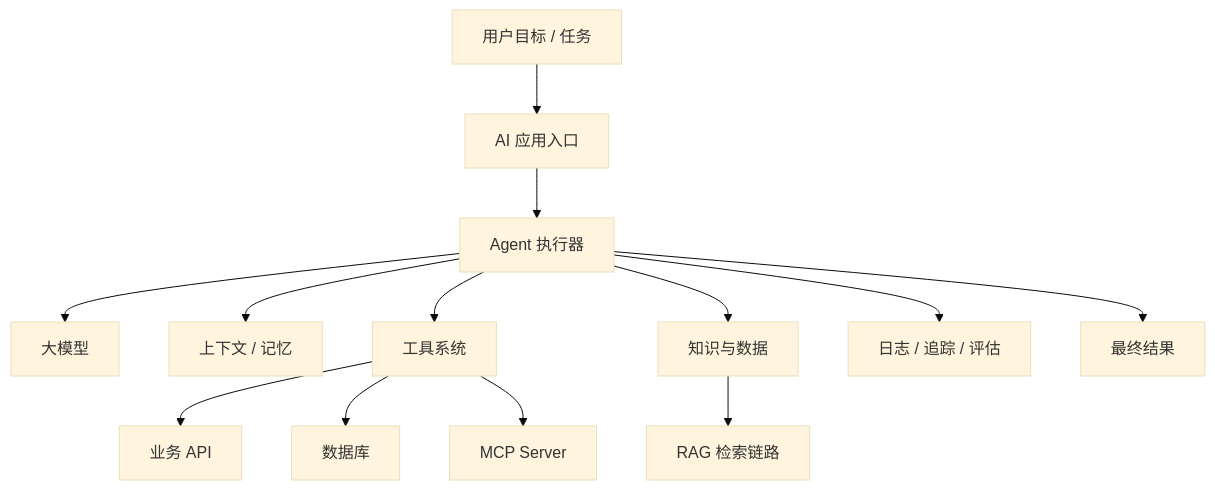
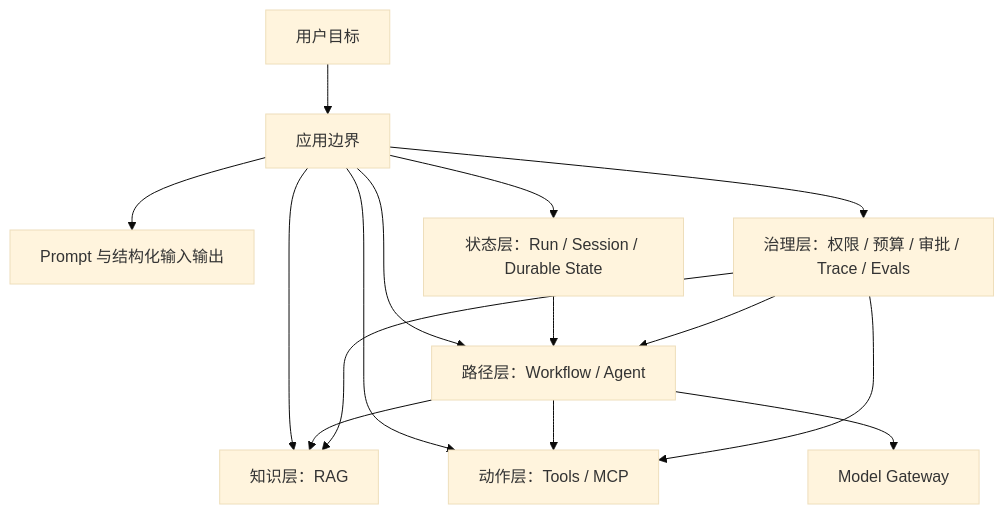
One commit to yanishuang/learn_ai_agent changed the diagram in chapters/01-ai-agent-overview.md. Above: the diagram before and after it, drawn with Mermaid (base theme). The commit also changed other lines of this file and 102 other files, not shown here.

````diff
--- a/chapters/01-ai-agent-overview.md
+++ b/chapters/01-ai-agent-overview.md
@@ -61,15 +46,17 @@
 ```mermaid
 flowchart TD
-    User["用户目标 / 任务"] --> App["AI 应用入口"]
-    App --> Agent["Agent 执行器"]
-    Agent --> LLM["大模型"]
-    Agent --> Context["上下文 / 记忆"]
-    Agent --> Tools["工具系统"]
-    Agent --> Knowledge["知识与数据"]
-    Tools --> APIs["业务 API"]
-    Tools --> DB["数据库"]
-    Tools --> MCP["MCP Server"]
-    Knowledge --> RAG["RAG 检索链路"]
-    Agent --> Trace["日志 / 追踪 / 评估"]
-    Agent --> Result["最终结果"]
+    User["用户目标"] --> App["应用边界"]
+    App --> Prompt["Prompt 与结构化输入输出"]
+    App --> Knowledge["知识层：RAG"]
+    App --> Action["动作层：Tools / MCP"]
+    App --> Path["路径层：Workflow / Agent"]
+    App --> State["状态层：Run / Session / Durable State"]
+    App --> Control["治理层：权限 / 预算 / 审批 / Trace / Evals"]
+    Path --> Model["Model Gateway"]
+    Path --> Knowledge
+    Path --> Action
+    State --> Path
+    Control --> Knowledge
+    Control --> Action
+    Control --> Path
 ```
````
